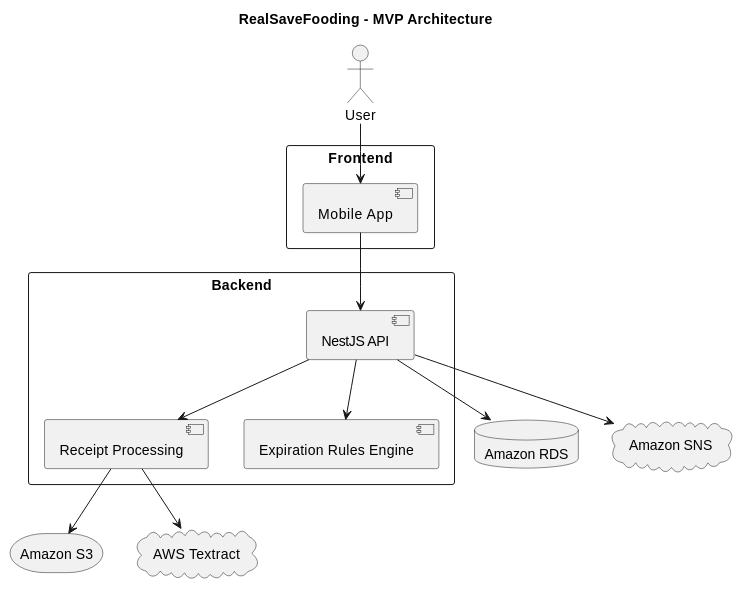
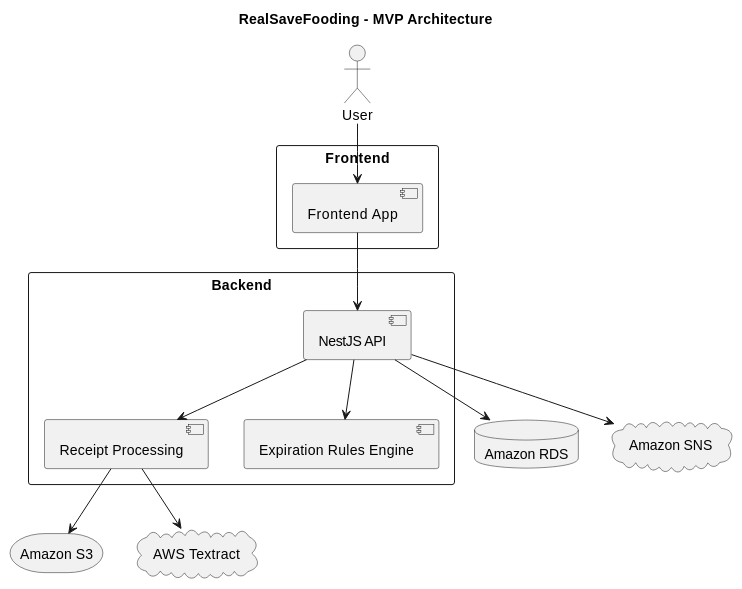
One commit to LIDR-academy/AI4Devs-finalproject changed the fourth of 6 diagrams in docs/architecture/architecture.md. Above: the diagram before and after it, drawn with PlantUML. The commit also changed other lines of this file and 7 other files, not shown here.

Commit message:
Update architecture documentation to reflect TanStack Start integration and clarify frontend application references

````diff
--- a/docs/architecture/architecture.md
+++ b/docs/architecture/architecture.md
@@ -154,42 +157,42 @@
 ```plantuml
 @startuml
 title RealSaveFooding - MVP Architecture
 
 actor User
 
 rectangle "Frontend" {
-    [Mobile App]
+    [Frontend App]
 }
 
 rectangle "Backend" {
     [NestJS API]
     [Receipt Processing]
     [Expiration Rules Engine]
 }
 
 database "Amazon RDS"
 
 storage "Amazon S3"
 
 cloud "AWS Textract"
 
 cloud "Amazon SNS"
 
-User --> [Mobile App]
+User --> [Frontend App]
 
-[Mobile App] --> [NestJS API]
+[Frontend App] --> [NestJS API]
 
 [NestJS API] --> "Amazon RDS"
 
 [NestJS API] --> [Expiration Rules Engine]
 
 [NestJS API] --> [Receipt Processing]
 
 [Receipt Processing] --> "Amazon S3"
 
 [Receipt Processing] --> "AWS Textract"
 
 [NestJS API] --> "Amazon SNS"
 
 @enduml
 ```
````
